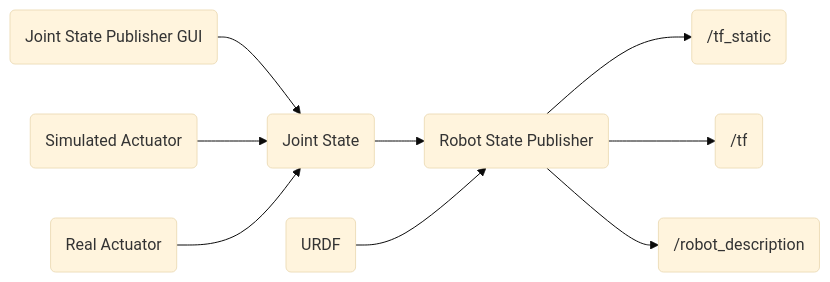
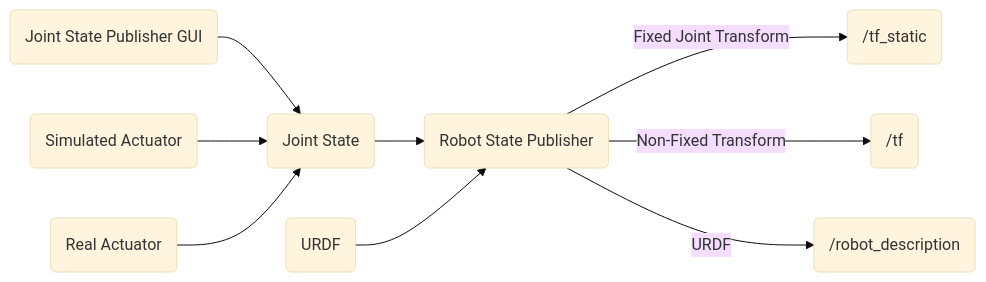
Before and after one commit to rishi18722/Rover-1: the diagram in README.md, drawn with Mermaid (base theme).

Commit message:
Updated Readme for have text on arrows as well

````diff
--- a/README.md
+++ b/README.md
@@ -2,21 +2,21 @@
 ```mermaid
 flowchart LR
     A(Joint State Publisher GUI)
     B(Joint State)
     C(Simulated Actuator)
     D(Real Actuator)
     E(Robot State Publisher)
     F(URDF)
     G(/tf_static)
     H(/tf)
     I(/robot_description)
 
     A --> B
     C --> B
     D --> B
     B --> E
     F --> E
-    E --> G
-    E --> H
-    E --> I
+    E --> |Fixed Joint Transform| G
+    E --> |Non-Fixed Transform| H
+    E --> |URDF| I
 ```
````
